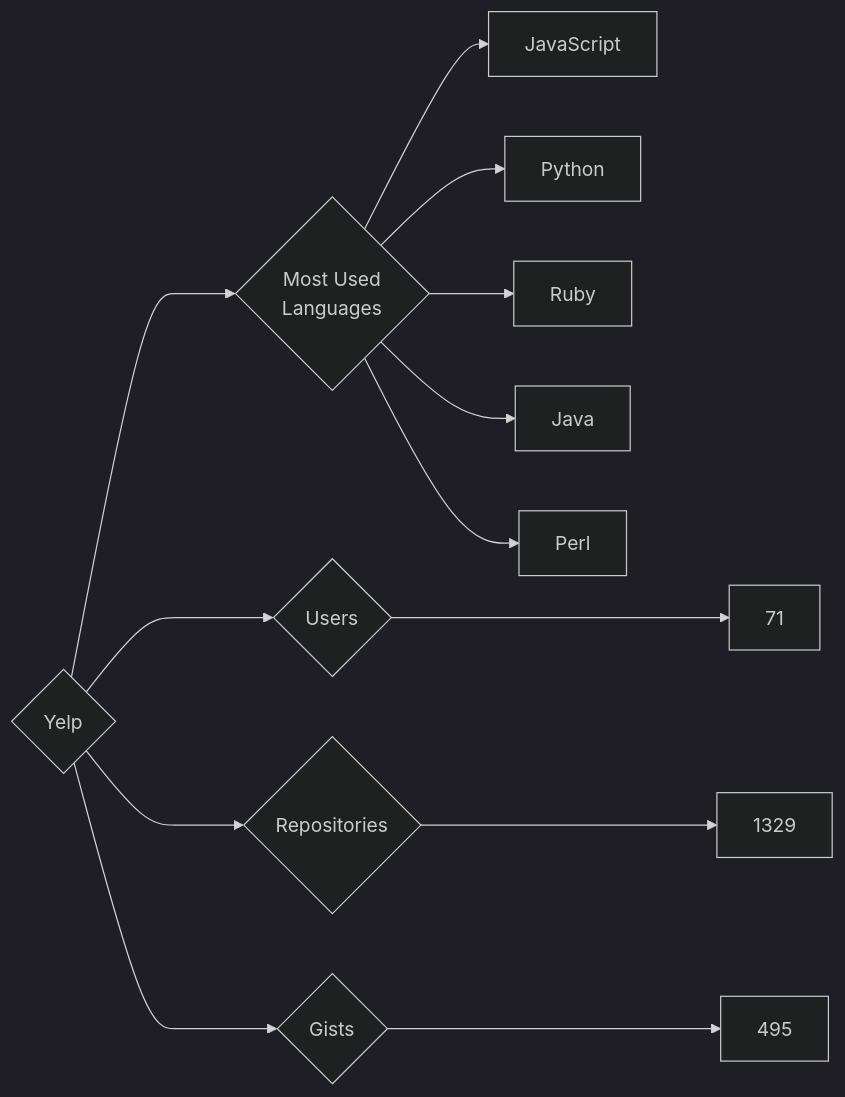
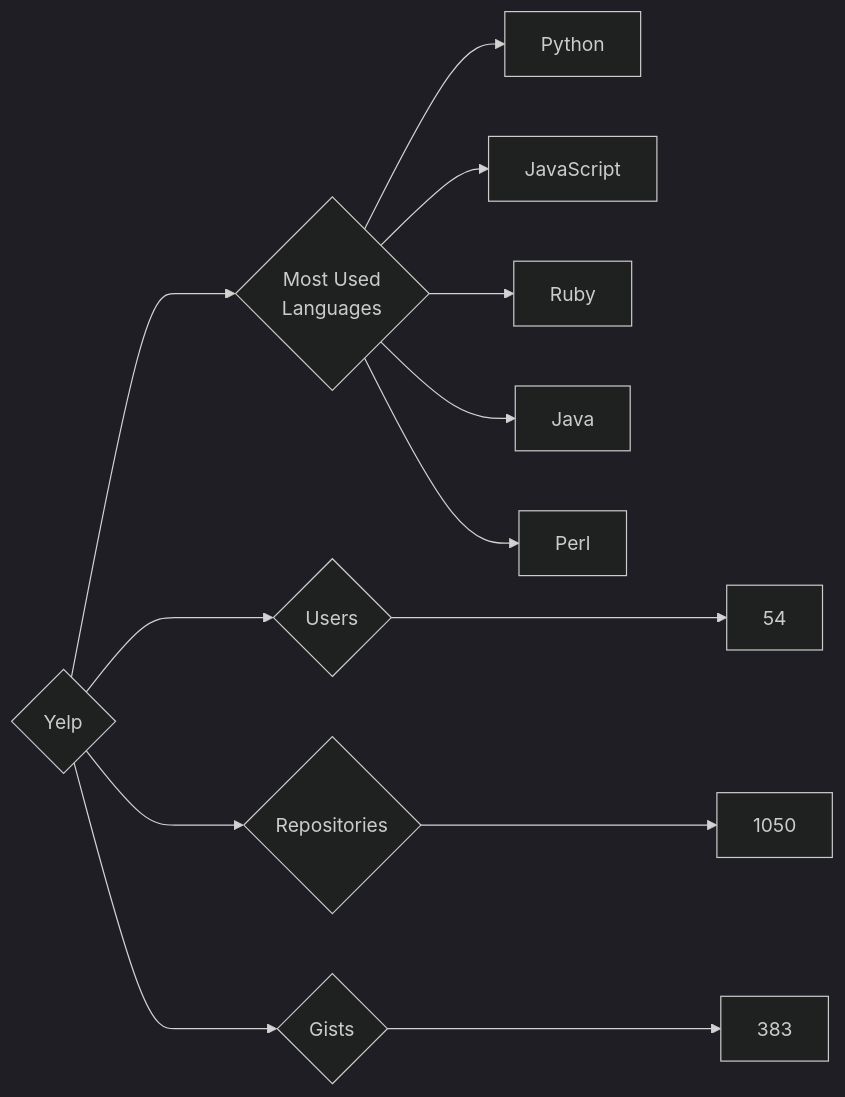
One commit to trickest/insiders changed the diagram in targets/Yelp/README.md. Above: the diagram before and after it, drawn with Mermaid (dark theme). The commit also changed 948 other files, not shown here.

````diff
--- a/targets/Yelp/README.md
+++ b/targets/Yelp/README.md
@@ -3,13 +3,13 @@
 ```mermaid
 graph LR
 COMPANY_NAME{Yelp}
-COMPANY_NAME ---> U{Users} ---> UN[71]
-COMPANY_NAME ---> R{Repositories} ---> RN[1329]
-COMPANY_NAME ---> G{Gists} ---> GN[495]
+COMPANY_NAME ---> U{Users} ---> UN[54]
+COMPANY_NAME ---> R{Repositories} ---> RN[1050]
+COMPANY_NAME ---> G{Gists} ---> GN[383]
 COMPANY_NAME ---> ML{Most Used<br>Languages}
+ML --> Python[Python]
 ML --> JavaScript[JavaScript]
-ML --> Python[Python]
 ML --> Ruby[Ruby]
 ML --> Java[Java]
 ML --> Perl[Perl]
 ```
````
